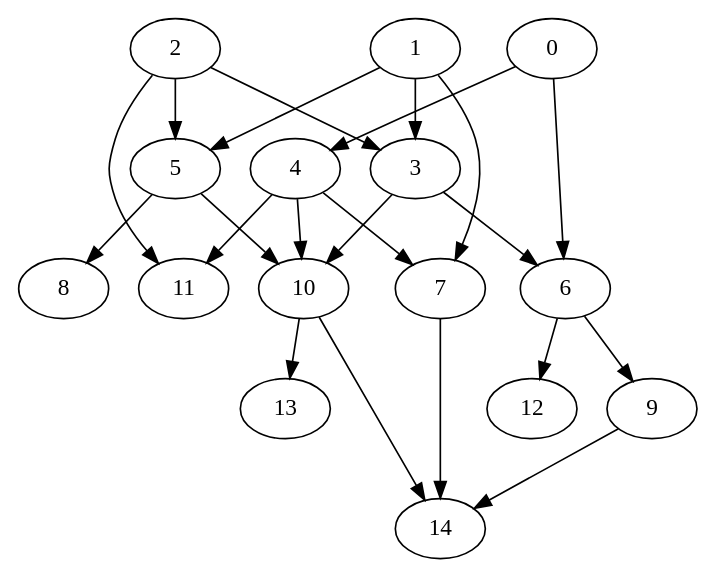
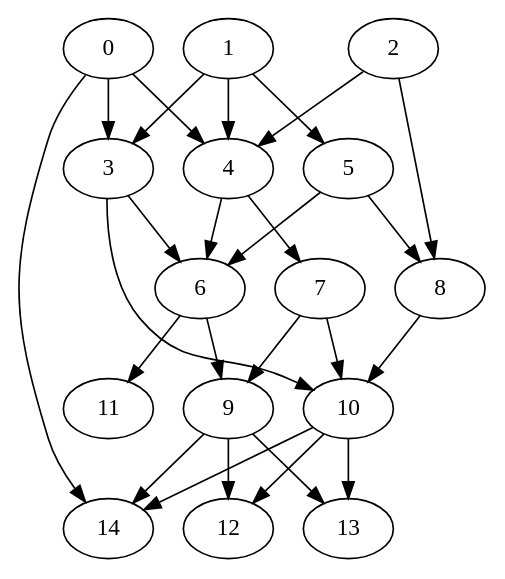
One commit to MrGreyPanda/NEM-MCMC-optimization changed the diagram in DAGs/networks/network5/network5_red.gv. Above: the diagram before and after it, drawn with Graphviz. The commit also changed 177 other files, not shown here.

```diff
--- a/DAGs/networks/network5/network5_red.gv
+++ b/DAGs/networks/network5/network5_red.gv
@@ -1,23 +1,27 @@
 digraph {
-    6 -> 12;
+    4 -> 6;
     3 -> 10;
-    5 -> 10;
     9 -> 14;
-    2 -> 5;
+    0 -> 14;
+    10 -> 12;
     1 -> 3;
-    2 -> 11;
+    2 -> 8;
+    6 -> 11;
+    7 -> 10;
+    5 -> 6;
     3 -> 6;
-    4 -> 11;
+    2 -> 4;
     0 -> 4;
+    9 -> 13;
     1 -> 5;
     10 -> 14;
+    7 -> 9;
     4 -> 7;
-    4 -> 10;
     5 -> 8;
+    0 -> 3;
+    8 -> 10;
+    9 -> 12;
+    1 -> 4;
     10 -> 13;
-    0 -> 6;
-    2 -> 3;
-    1 -> 7;
     6 -> 9;
-    7 -> 14;
 }
```
